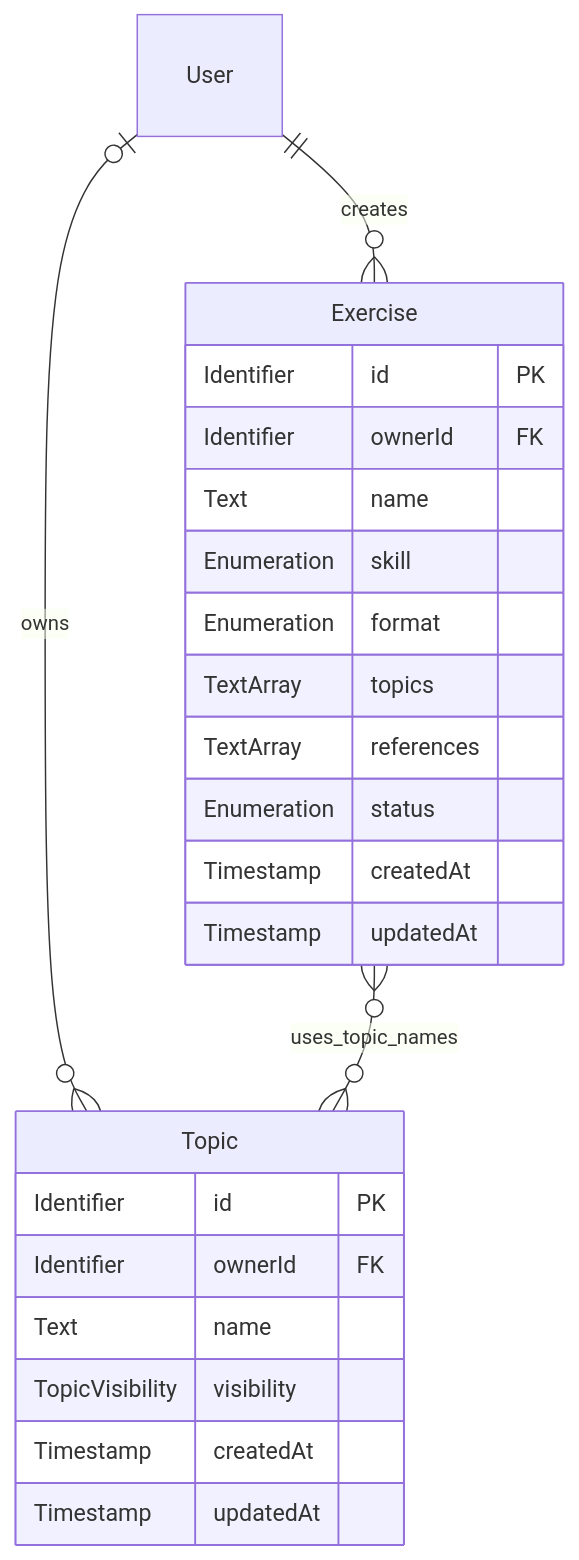
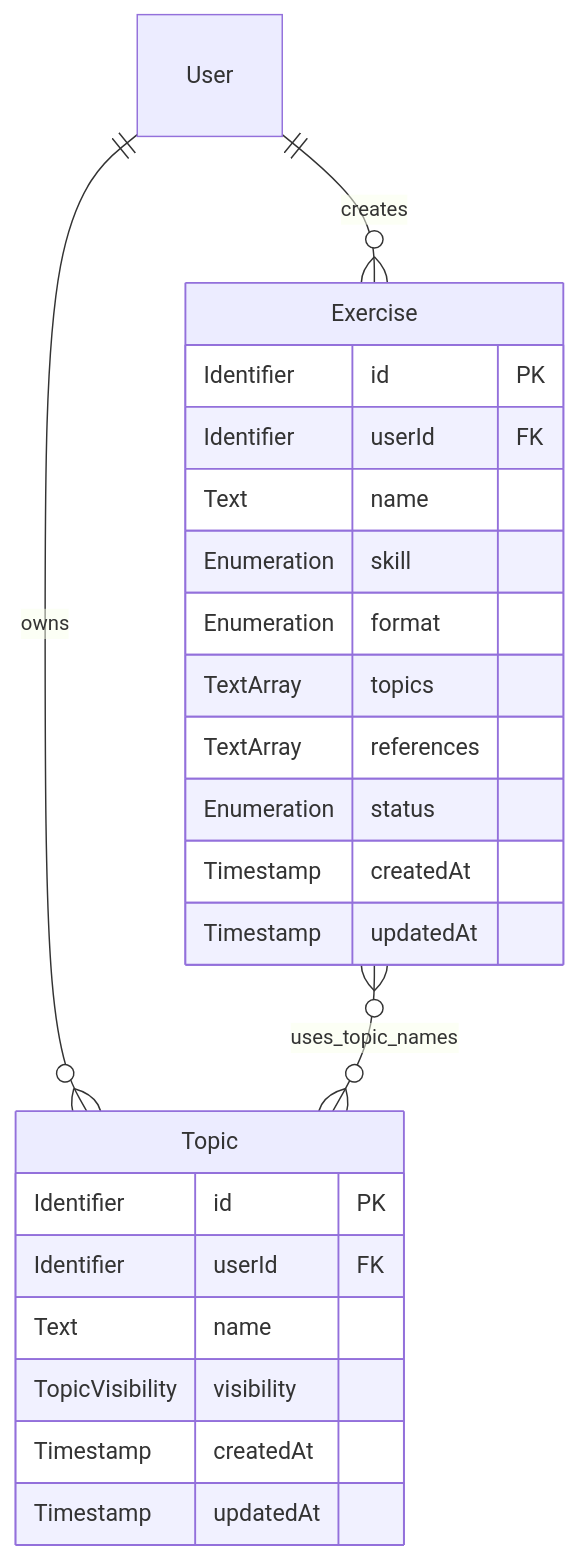
Before and after one commit to lamhq/fluento: the diagram in docs/core/spec/data.md, drawn with Mermaid. The commit also changed other lines of this file and 24 other files, not shown here.

````diff
--- a/docs/core/spec/data.md
+++ b/docs/core/spec/data.md
@@ -19,28 +19,28 @@
 ```mermaid
 erDiagram
     User ||--o{ Exercise : creates
-    User o|--o{ Topic : owns
+    User ||--o{ Topic : owns
     Exercise }o--o{ Topic : uses_topic_names
 
     Exercise {
         Identifier id PK
-        Identifier ownerId FK
+        Identifier userId FK
         Text name
         Enumeration skill
         Enumeration format
         TextArray topics
         TextArray references
         Enumeration status
         Timestamp createdAt
         Timestamp updatedAt
     }
 
     Topic {
         Identifier id PK
-        Identifier ownerId FK
+        Identifier userId FK
         Text name
         TopicVisibility visibility
         Timestamp createdAt
         Timestamp updatedAt
     }
 ```
````
